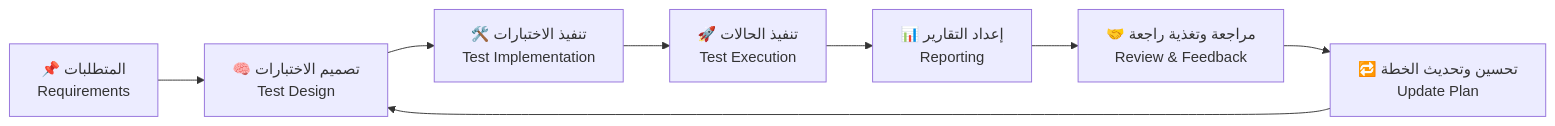
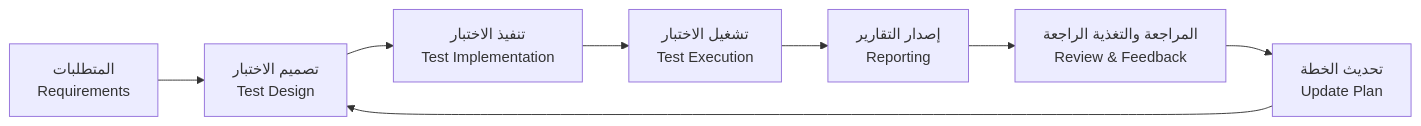
Before and after one commit to Ash69g/Documentation-Study: the second of 2 diagrams in docs/11-test-plan/11-test-plan.md, drawn with Mermaid. The commit also changed other lines of this file and 15 other files, not shown here.

````diff
--- a/docs/11-test-plan/11-test-plan.md
+++ b/docs/11-test-plan/11-test-plan.md
@@ -265,10 +94,10 @@
 ```mermaid
 flowchart LR
-  A["📌 المتطلبات\nRequirements"] --> B["🧠 تصميم الاختبارات\nTest Design"]
-  B --> C["🛠️ تنفيذ الاختبارات\nTest Implementation"]
-  C --> D["🚀 تنفيذ الحالات\nTest Execution"]
-  D --> E["📊 إعداد التقارير\nReporting"]
-  E --> F["🤝 مراجعة وتغذية راجعة\nReview & Feedback"]
-  F --> G["🔁 تحسين وتحديث الخطة\nUpdate Plan"]
-  G --> B
+  Req["المتطلبات\nRequirements"] --> Design["تصميم الاختبار\nTest Design"]
+  Design --> Build["تنفيذ الاختبار\nTest Implementation"]
+  Build --> Exec["تشغيل الاختبار\nTest Execution"]
+  Exec --> Report["إصدار التقارير\nReporting"]
+  Report --> Review["المراجعة والتغذية الراجعة\nReview & Feedback"]
+  Review --> Update["تحديث الخطة\nUpdate Plan"]
+  Update --> Design
 ```
````
